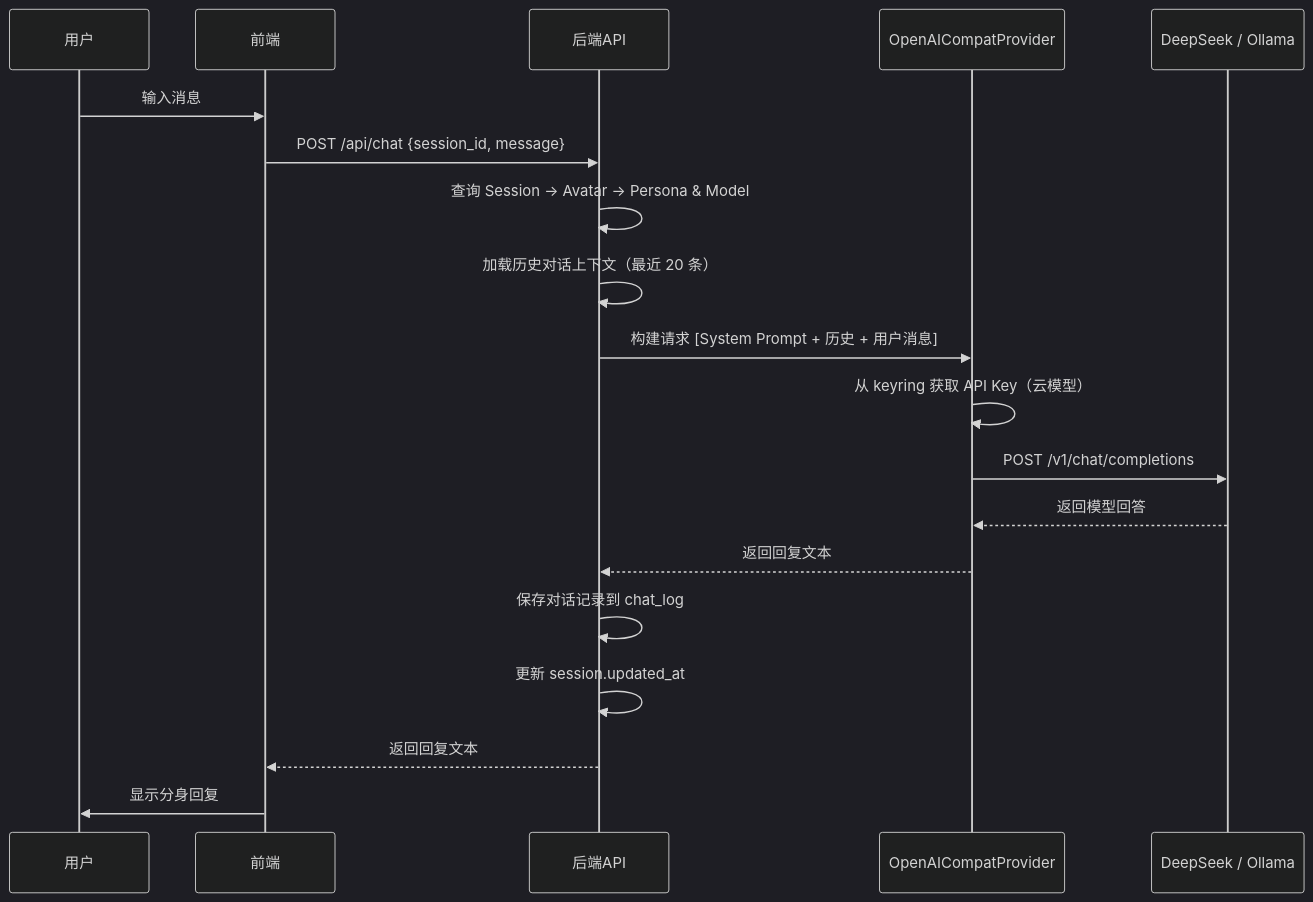
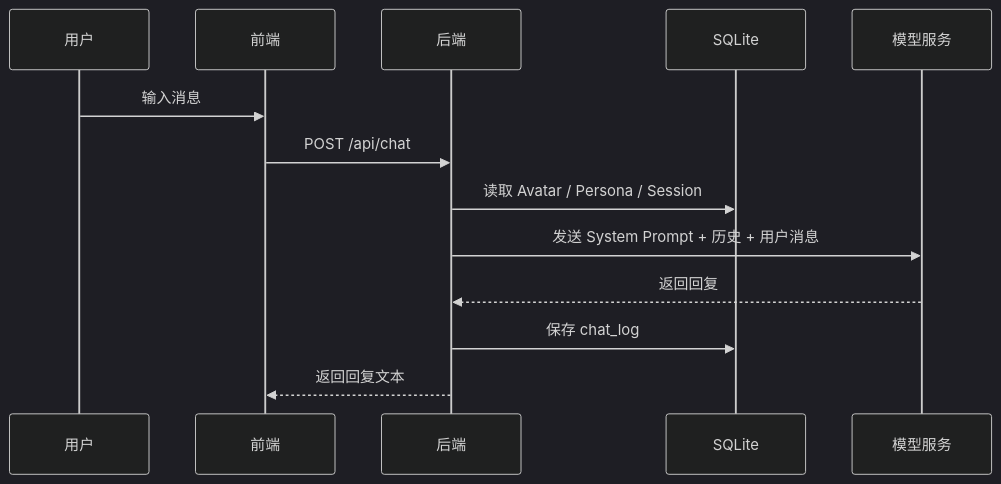
One commit to Mingjiexiaojiu/MultiYou changed the second of 2 diagrams in Design/Phase1_基础版_设计文档.md. Above: the diagram before and after it, drawn with Mermaid (dark theme). The commit also changed other lines of this file and 16 other files, not shown here.

````diff
--- a/Design/Phase1_基础版_设计文档.md
+++ b/Design/Phase1_基础版_设计文档.md
@@ -543,22 +287,16 @@
 ```mermaid
 sequenceDiagram
-    participant 用户
-    participant 前端
-    participant 后端API
-    participant Provider as OpenAICompatProvider
-    participant LLM as DeepSeek / Ollama
+    participant User as 用户
+    participant UI as 前端
+    participant API as 后端
+    participant DB as SQLite
+    participant LLM as 模型服务
 
-    用户->>前端: 输入消息
-    前端->>后端API: POST /api/chat {session_id, message}
-    后端API->>后端API: 查询 Session → Avatar → Persona & Model
-    后端API->>后端API: 加载历史对话上下文（最近 20 条）
-    后端API->>Provider: 构建请求 [System Prompt + 历史 + 用户消息]
-    Provider->>Provider: 从 keyring 获取 API Key（云模型）
-    Provider->>LLM: POST /v1/chat/completions
-    LLM-->>Provider: 返回模型回答
-    Provider-->>后端API: 返回回复文本
-    后端API->>后端API: 保存对话记录到 chat_log
-    后端API->>后端API: 更新 session.updated_at
-    后端API-->>前端: 返回回复文本
-    前端->>用户: 显示分身回复
+    User->>UI: 输入消息
+    UI->>API: POST /api/chat
+    API->>DB: 读取 Avatar / Persona / Session
+    API->>LLM: 发送 System Prompt + 历史 + 用户消息
+    LLM-->>API: 返回回复
+    API->>DB: 保存 chat_log
+    API-->>UI: 返回回复文本
 ```
````
